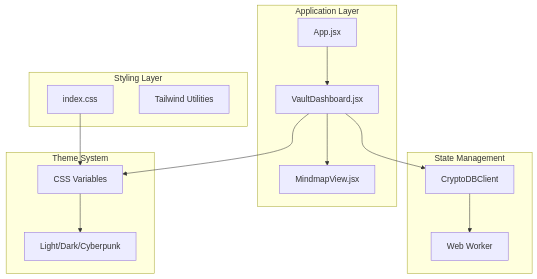
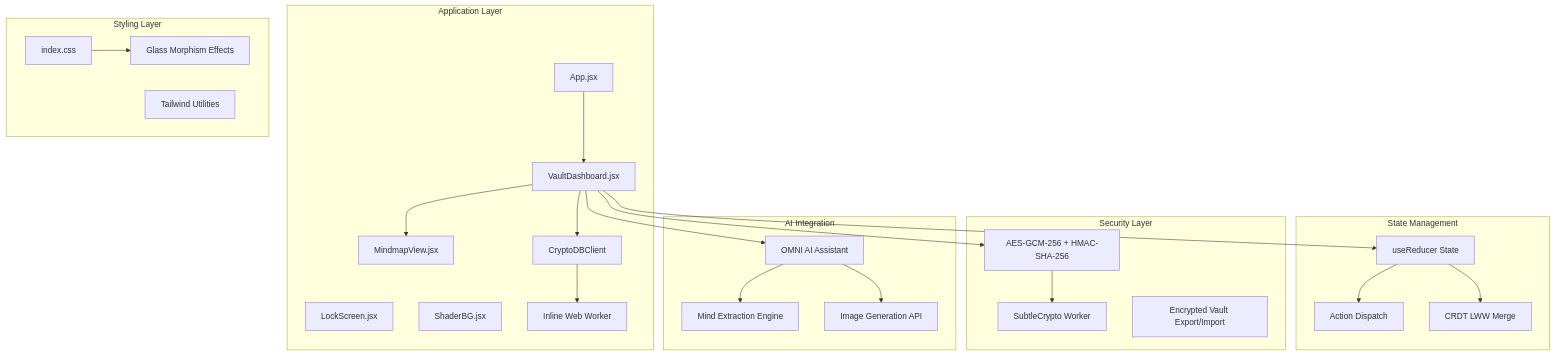
The first of 5 diagrams in .qoder/repowiki/en/content/User Interface Components/Vault Dashboard Component.md (andreihicatilooo-droid/OMNI-TODO), drawn with Mermaid before and after one commit. The commit also changed other lines of this file and 19 other files, not shown here.

First line of the commit message:
docs(vault-dashboard): rewrite documentation and update architecture overview

````diff
--- a/.qoder/repowiki/en/content/User Interface Components/Vault Dashboard Component.md
+++ b/.qoder/repowiki/en/content/User Interface Components/Vault Dashboard Component.md
@@ -33,27 +43,45 @@
 ```mermaid
 graph TB
 subgraph "Application Layer"
 App[App.jsx]
 VaultDashboard[VaultDashboard.jsx]
 MindmapView[MindmapView.jsx]
+LockScreen[LockScreen.jsx]
+ShaderBG[ShaderBG.jsx]
+CryptoDBClient[CryptoDBClient]
+WebWorker[Inline Web Worker]
 end
 subgraph "Styling Layer"
 IndexCSS[index.css]
 Tailwind[Tailwind Utilities]
+GlassEffects[Glass Morphism Effects]
 end
 subgraph "State Management"
-CryptoClient[CryptoDBClient]
-WebWorker[Web Worker]
+AppState[useReducer State]
+Dispatch[Action Dispatch]
+CRDTMerge[CRDT LWW Merge]
 end
-subgraph "Theme System"
-ThemeVars[CSS Variables]
-ThemeModes[Light/Dark/Cyberpunk]
+subgraph "Security Layer"
+Encryption[AES-GCM-256 + HMAC-SHA-256]
+CryptoWorker[SubtleCrypto Worker]
+VaultBackup[Encrypted Vault Export/Import]
+end
+subgraph "AI Integration"
+OMNIAssistant[OMNI AI Assistant]
+MindExtractor[Mind Extraction Engine]
+ImageGen[Image Generation API]
 end
 App --> VaultDashboard
 VaultDashboard --> MindmapView
-VaultDashboard --> CryptoClient
-CryptoClient --> WebWorker
-VaultDashboard --> ThemeVars
-ThemeVars --> ThemeModes
-IndexCSS --> ThemeVars
+VaultDashboard --> CryptoDBClient
+CryptoDBClient --> WebWorker
+VaultDashboard --> AppState
+AppState --> Dispatch
+AppState --> CRDTMerge
+VaultDashboard --> Encryption
+Encryption --> CryptoWorker
+VaultDashboard --> OMNIAssistant
+OMNIAssistant --> MindExtractor
+OMNIAssistant --> ImageGen
+IndexCSS --> GlassEffects
 ```
````
